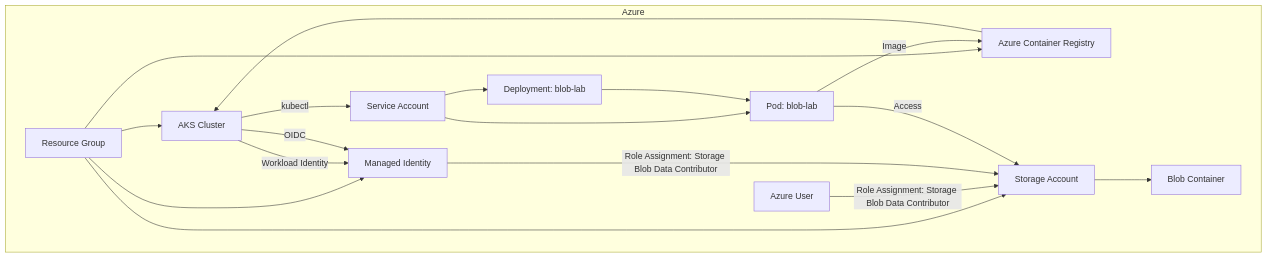
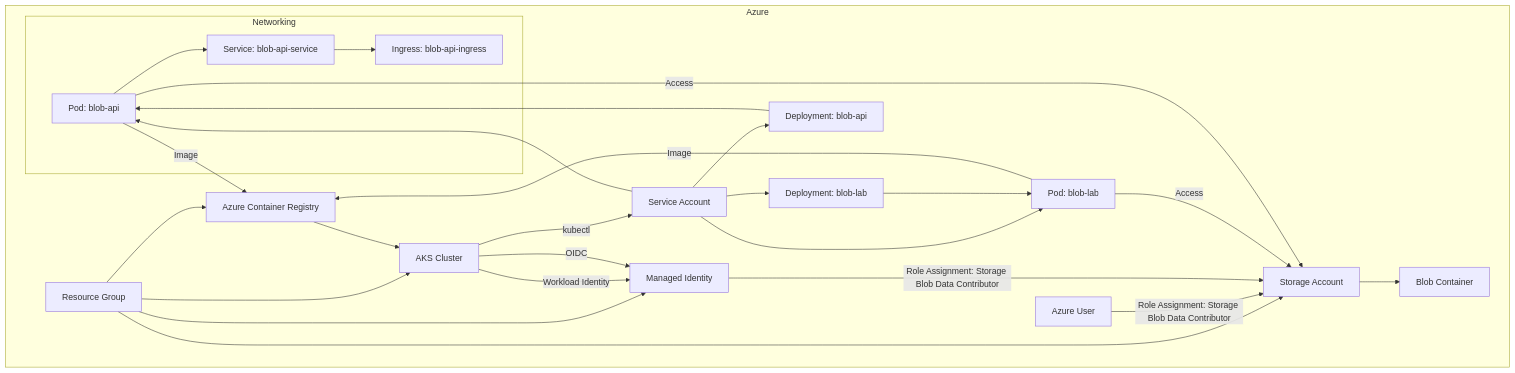
The diagram in labs/managed-identity/README.md (rmnobarra/azure-playground), drawn with Mermaid before and after one commit. The commit also changed other lines of this file and 38 other files, not shown here.

````diff
--- a/labs/managed-identity/README.md
+++ b/labs/managed-identity/README.md
@@ -52,33 +55,48 @@
 ```mermaid
 graph TD;
     subgraph Azure
         RG[Resource Group]
         AKS[AKS Cluster]
         ACR[Azure Container Registry]
         Identity[Managed Identity]
         StorageAccount[Storage Account]
         Container[Blob Container]
         User[Azure User]
 
         RG --> AKS
         RG --> ACR
         RG --> Identity
         RG --> StorageAccount
 
         StorageAccount --> Container
 
         User -- "Role Assignment: Storage Blob Data Contributor" --> StorageAccount
         Identity -- "Role Assignment: Storage Blob Data Contributor" --> StorageAccount
 
         AKS -->|Workload Identity| Identity
         AKS -->|OIDC| Identity
         ACR --> AKS
 
         AKS -->|kubectl| ServiceAccount[Service Account]
-        ServiceAccount --> Pod[Pod: blob-lab]
-        ServiceAccount --> Deployment[Deployment: blob-lab]
-        Pod -->|Image| ACR
-        Pod -->|Access| StorageAccount
-        Deployment --> Pod
+        ServiceAccount --> PodBlobLab[Pod: blob-lab]
+        ServiceAccount --> DeploymentBlobLab[Deployment: blob-lab]
+        ServiceAccount --> PodBlobAPI[Pod: blob-api]
+        ServiceAccount --> DeploymentBlobAPI[Deployment: blob-api]
+        
+        PodBlobLab -->|Image| ACR
+        PodBlobLab -->|Access| StorageAccount
+        DeploymentBlobLab --> PodBlobLab
+        
+        PodBlobAPI -->|Image| ACR
+        PodBlobAPI -->|Access| StorageAccount
+        DeploymentBlobAPI --> PodBlobAPI
+        
+        subgraph Networking
+            Service[Service: blob-api-service]
+            Ingress[Ingress: blob-api-ingress]
+            
+            PodBlobAPI --> Service
+            Service --> Ingress
+        end
     end
 ```
````
